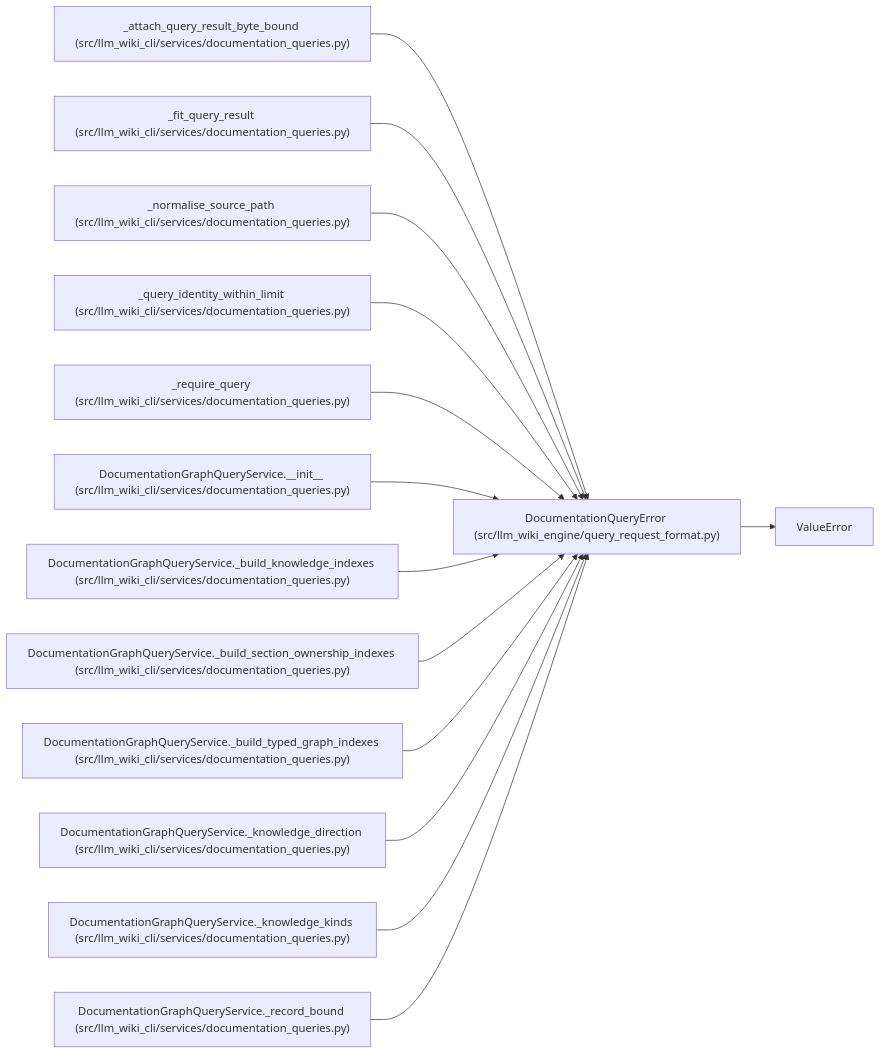
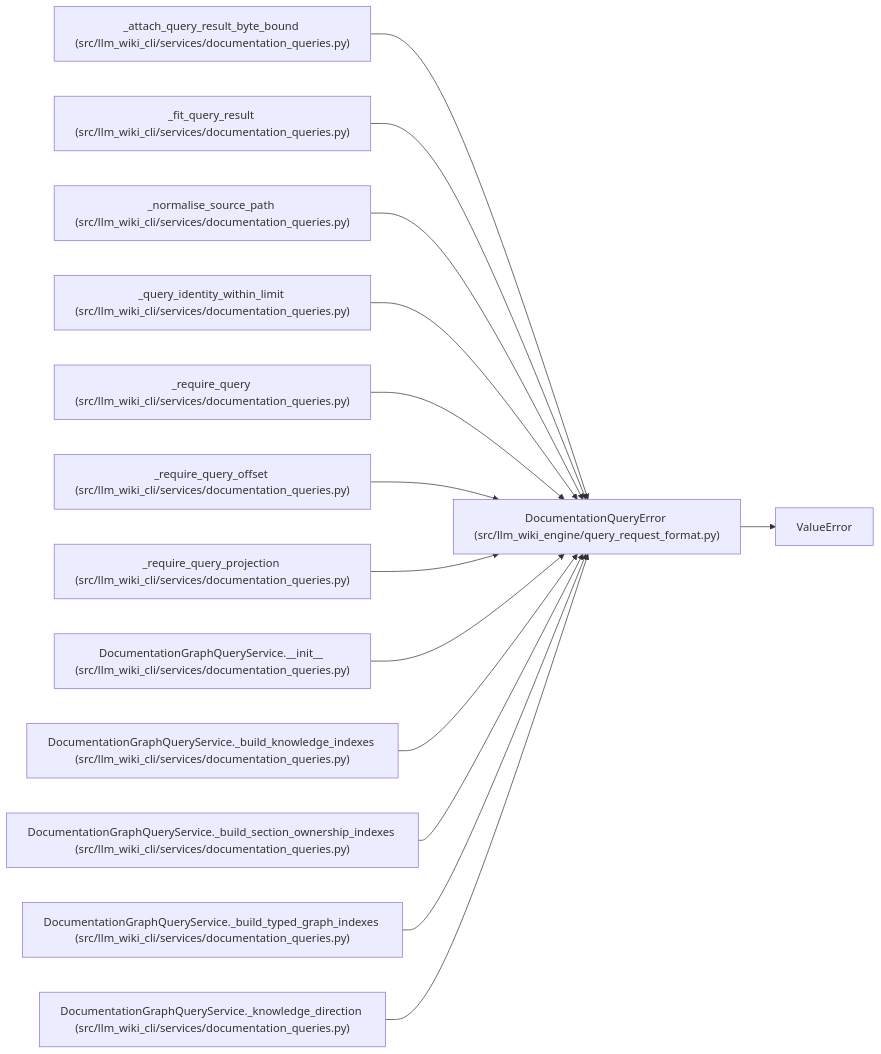
One commit to Denissvgn/python-wiki-llm changed the diagram in docs/llm_wiki/entities/DocumentationQueryError.md. Above: the diagram before and after it, drawn with Mermaid. The commit also changed other lines of this file and 577 other files, not shown here.

Commit message:
docs: refresh the repository wiki for query paging

````diff
--- a/docs/llm_wiki/entities/DocumentationQueryError.md
+++ b/docs/llm_wiki/entities/DocumentationQueryError.md
@@ -25,43 +25,43 @@
 ```mermaid
 flowchart LR
     n0["DocumentationQueryError (src/llm_wiki_engine/query_request_format.py)"]
     n1["ValueError"]
     n2["_attach_query_result_byte_bound (src/llm_wiki_cli/services/documentation_queries.py)"]
     n3["_fit_query_result (src/llm_wiki_cli/services/documentation_queries.py)"]
     n4["_normalise_source_path (src/llm_wiki_cli/services/documentation_queries.py)"]
     n5["_query_identity_within_limit (src/llm_wiki_cli/services/documentation_queries.py)"]
     n6["_require_query (src/llm_wiki_cli/services/documentation_queries.py)"]
-    n7["DocumentationGraphQueryService.__init__ (src/llm_wiki_cli/services/documentation_queries.py)"]
-    n8["DocumentationGraphQueryService._build_knowledge_indexes (src/llm_wiki_cli/services/documentation_queries.py)"]
-    n9["DocumentationGraphQueryService._build_section_ownership_indexes (src/llm_wiki_cli/services/documentation_queries.py)"]
-    n10["DocumentationGraphQueryService._build_typed_graph_indexes (src/llm_wiki_cli/services/documentation_queries.py)"]
-    n11["DocumentationGraphQueryService._knowledge_direction (src/llm_wiki_cli/services/documentation_queries.py)"]
-    n12["DocumentationGraphQueryService._knowledge_kinds (src/llm_wiki_cli/services/documentation_queries.py)"]
-    n13["DocumentationGraphQueryService._record_bound (src/llm_wiki_cli/services/documentation_queries.py)"]
+    n7["_require_query_offset (src/llm_wiki_cli/services/documentation_queries.py)"]
+    n8["_require_query_projection (src/llm_wiki_cli/services/documentation_queries.py)"]
+    n9["DocumentationGraphQueryService.__init__ (src/llm_wiki_cli/services/documentation_queries.py)"]
+    n10["DocumentationGraphQueryService._build_knowledge_indexes (src/llm_wiki_cli/services/documentation_queries.py)"]
+    n11["DocumentationGraphQueryService._build_section_ownership_indexes (src/llm_wiki_cli/services/documentation_queries.py)"]
+    n12["DocumentationGraphQueryService._build_typed_graph_indexes (src/llm_wiki_cli/services/documentation_queries.py)"]
+    n13["DocumentationGraphQueryService._knowledge_direction (src/llm_wiki_cli/services/documentation_queries.py)"]
     n0 --> n1
     n2 --> n0
     n3 --> n0
     n4 --> n0
     n5 --> n0
     n6 --> n0
     n7 --> n0
     n8 --> n0
     n9 --> n0
     n10 --> n0
     n11 --> n0
     n12 --> n0
     n13 --> n0
     click n0 "../modules/query_request_format.md"
     click n2 "../modules/documentation_queries.md"
     click n3 "../modules/documentation_queries.md"
     click n4 "../modules/documentation_queries.md"
     click n5 "../modules/documentation_queries.md"
     click n6 "../modules/documentation_queries.md"
     click n7 "../modules/documentation_queries.md"
     click n8 "../modules/documentation_queries.md"
     click n9 "../modules/documentation_queries.md"
     click n10 "../modules/documentation_queries.md"
     click n11 "../modules/documentation_queries.md"
     click n12 "../modules/documentation_queries.md"
     click n13 "../modules/documentation_queries.md"
 ```
````
